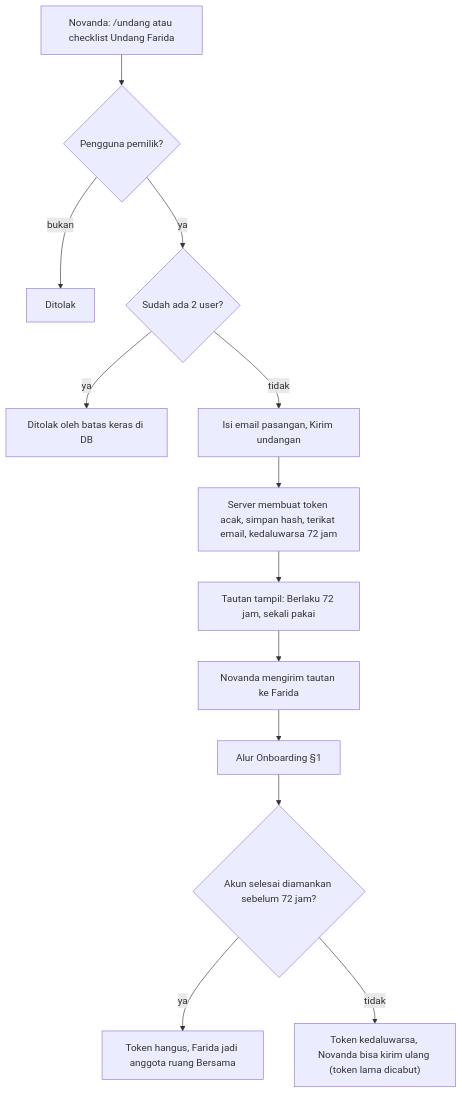
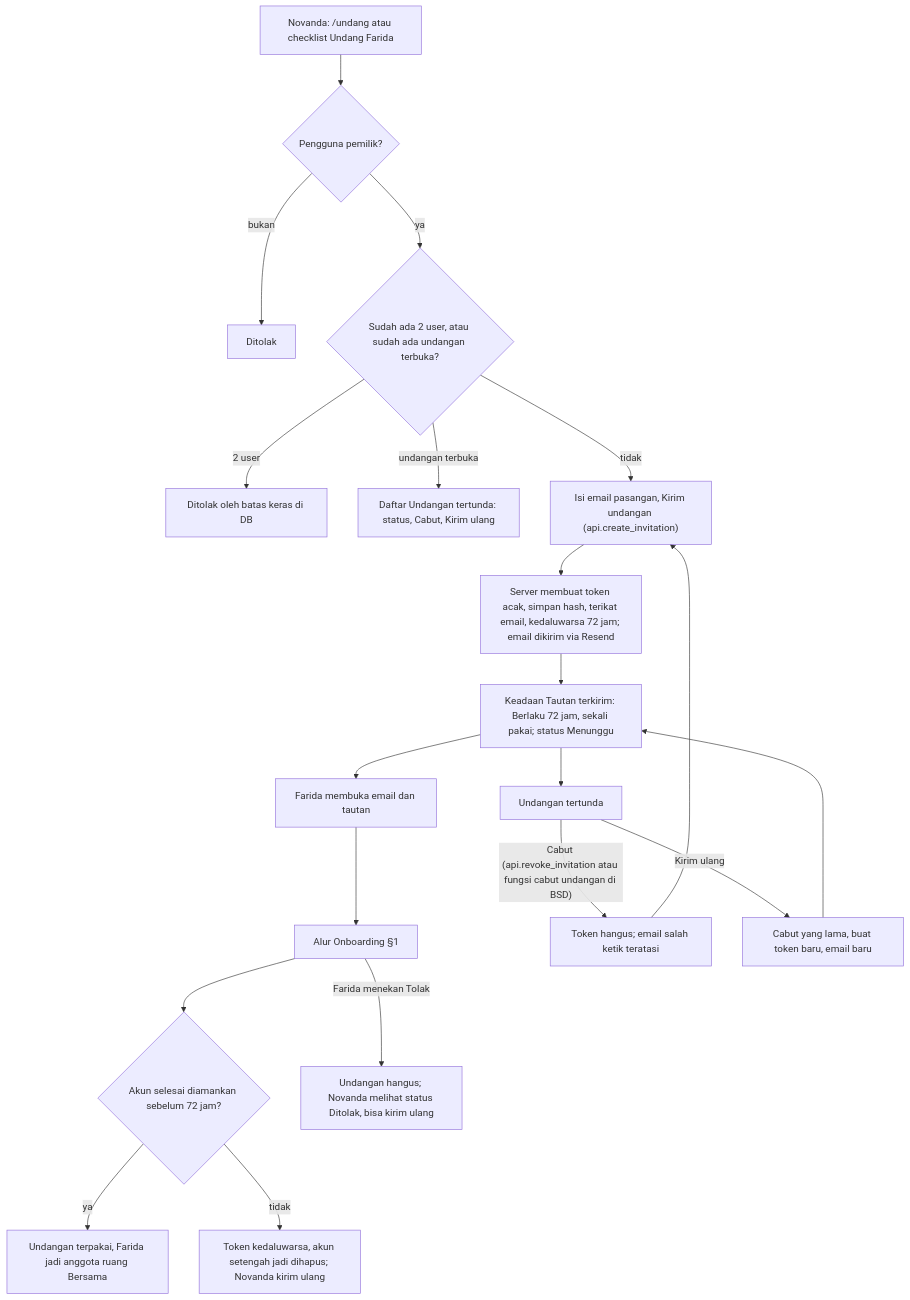
The sixth of 10 diagrams in docs/product/AFD.md (novandafadly/dompetku-v2), drawn with Mermaid before and after one commit. The commit also changed other lines of this file and 5 other files, not shown here.

````diff
--- a/docs/product/AFD.md
+++ b/docs/product/AFD.md
@@ -143,15 +176,22 @@
 ```mermaid
 flowchart TD
   A["Novanda: /undang atau checklist Undang Farida"] --> B{"Pengguna pemilik?"}
   B -- "bukan" --> B1["Ditolak"]
-  B -- "ya" --> C{"Sudah ada 2 user?"}
-  C -- "ya" --> C1["Ditolak oleh batas keras di DB"]
-  C -- "tidak" --> D["Isi email pasangan, Kirim undangan"]
-  D --> E["Server membuat token acak, simpan hash, terikat email, kedaluwarsa 72 jam"]
-  E --> F["Tautan tampil: Berlaku 72 jam, sekali pakai"]
-  F --> G["Novanda mengirim tautan ke Farida"]
+  B -- "ya" --> C{"Sudah ada 2 user, atau sudah ada undangan terbuka?"}
+  C -- "2 user" --> C1["Ditolak oleh batas keras di DB"]
+  C -- "undangan terbuka" --> C2["Daftar Undangan tertunda: status, Cabut, Kirim ulang"]
+  C -- "tidak" --> D["Isi email pasangan, Kirim undangan (api.create_invitation)"]
+  D --> E["Server membuat token acak, simpan hash, terikat email, kedaluwarsa 72 jam; email dikirim via Resend"]
+  E --> F["Keadaan Tautan terkirim: Berlaku 72 jam, sekali pakai; status Menunggu"]
+  F --> G["Farida membuka email dan tautan"]
   G --> H["Alur Onboarding §1"]
+  F --> P["Undangan tertunda"]
+  P -- "Cabut (api.revoke_invitation atau fungsi cabut undangan di BSD)" --> P1["Token hangus; email salah ketik teratasi"]
+  P1 --> D
+  P -- "Kirim ulang" --> P2["Cabut yang lama, buat token baru, email baru"]
+  P2 --> F
   H --> I{"Akun selesai diamankan sebelum 72 jam?"}
-  I -- "ya" --> J["Token hangus, Farida jadi anggota ruang Bersama"]
-  I -- "tidak" --> K["Token kedaluwarsa, Novanda bisa kirim ulang (token lama dicabut)"]
+  I -- "ya" --> J["Undangan terpakai, Farida jadi anggota ruang Bersama"]
+  I -- "tidak" --> K["Token kedaluwarsa, akun setengah jadi dihapus; Novanda kirim ulang"]
+  H -- "Farida menekan Tolak" --> T["Undangan hangus; Novanda melihat status Ditolak, bisa kirim ulang"]
 ```
````
